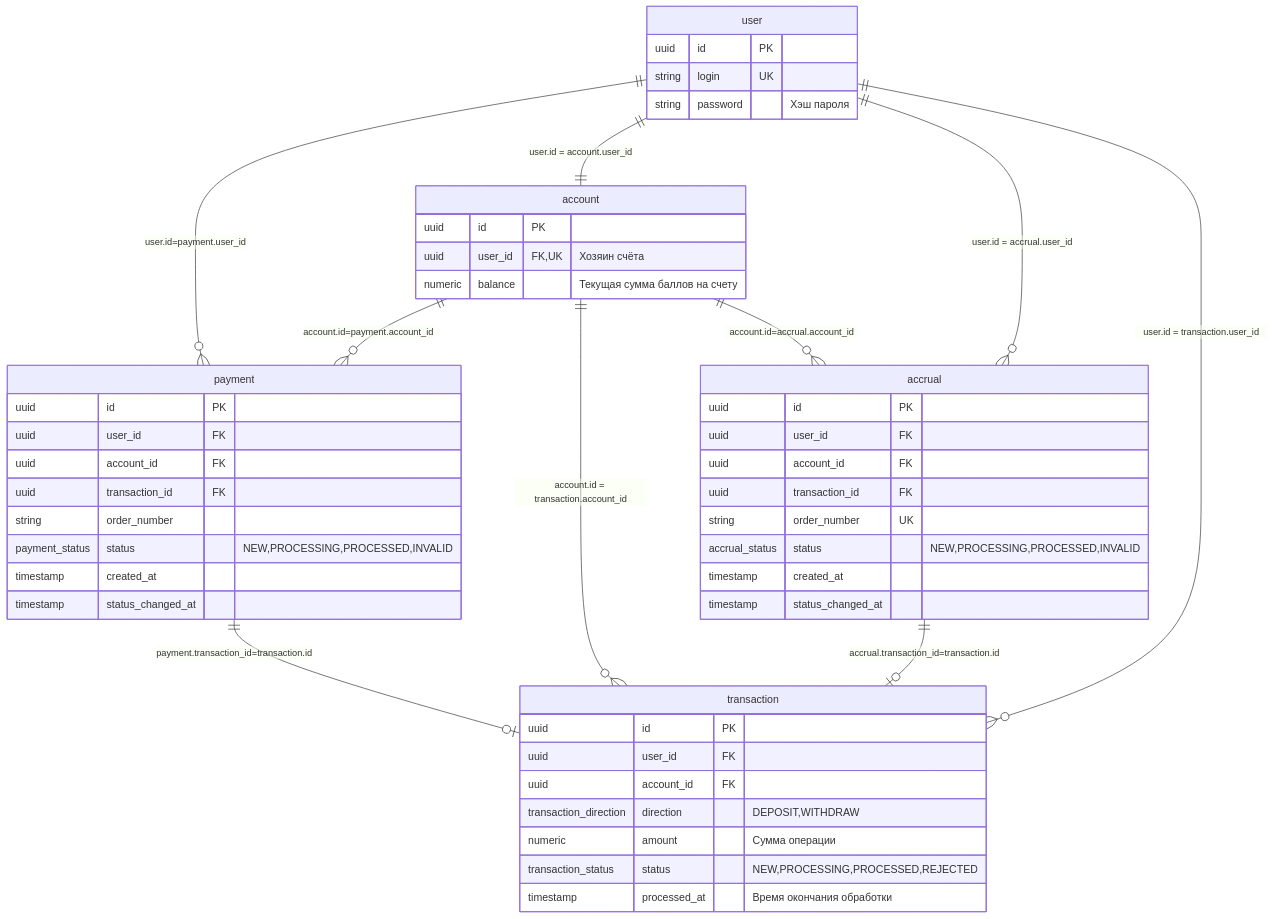
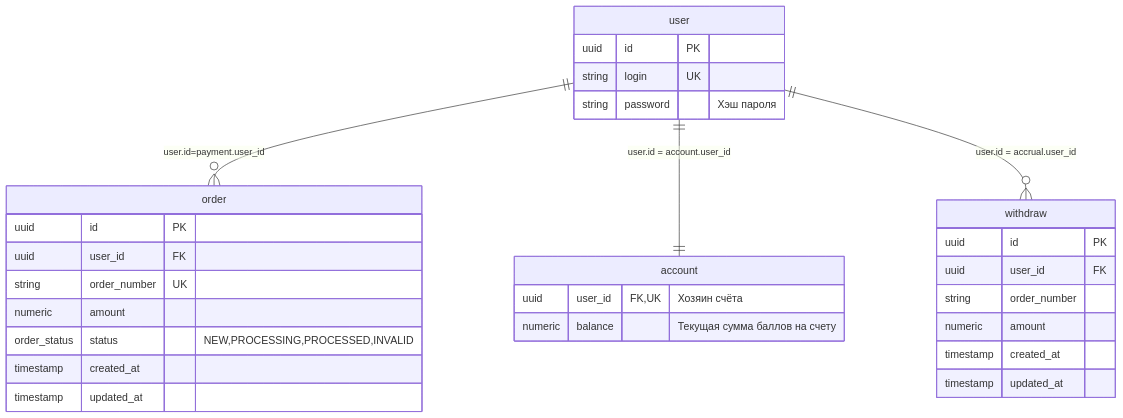
Before and after one commit to kosalnik/gmarket: the first of 5 diagrams in README.md, drawn with Mermaid. The commit also changed other lines of this file, not shown here.

Commit message:
DOCS: упростил схему БД

````diff
--- a/README.md
+++ b/README.md
@@ -36,57 +36,37 @@
 ```mermaid
 erDiagram
-user ||--o{ payment : "user.id=payment.user_id"
-account ||--o{ payment : "account.id=payment.account_id"
+user ||--o{ order : "user.id=payment.user_id"
 user ||--|| account : "user.id = account.user_id"
-account ||--o{ transaction : "account.id = transaction.account_id"
-user ||--o{ accrual : "user.id = accrual.user_id"
-account ||--o{ accrual : "account.id=accrual.account_id"
-accrual ||--|o transaction : "accrual.transaction_id=transaction.id"
-payment ||--|o transaction : "payment.transaction_id=transaction.id"
-user ||--o{ transaction : "user.id = transaction.user_id"
+user ||--o{ withdraw : "user.id = accrual.user_id"
 
 
 user {
   uuid id PK
   string login UK
   string password "Хэш пароля"
 }
 
 account {
-  uuid id PK
   uuid user_id FK,UK "Хозяин счёта"
   numeric balance "Текущая сумма баллов на счету"
 }
 
-accrual {
+order {
   uuid id PK
   uuid user_id FK
-  uuid account_id FK
-  uuid transaction_id FK
   string order_number UK
-  accrual_status status "NEW,PROCESSING,PROCESSED,INVALID"
+  numeric amount
+  order_status status "NEW,PROCESSING,PROCESSED,INVALID"
   timestamp created_at
-  timestamp status_changed_at
+  timestamp updated_at
 }
 
-payment {
+withdraw {
   uuid id PK
   uuid user_id FK
-  uuid account_id FK
-  uuid transaction_id FK
-  string order_number 
-  payment_status status "NEW,PROCESSING,PROCESSED,INVALID"
+  string order_number
+  numeric amount
   timestamp created_at
-  timestamp status_changed_at
-}
-
-transaction {
-  uuid id PK
-  uuid user_id FK ""
-  uuid account_id FK ""
-  transaction_direction direction "DEPOSIT,WITHDRAW"
-  numeric amount "Сумма операции"
-  transaction_status status "NEW,PROCESSING,PROCESSED,REJECTED"
-  timestamp processed_at "Время окончания обработки"
+  timestamp updated_at
 }
 ```
````
